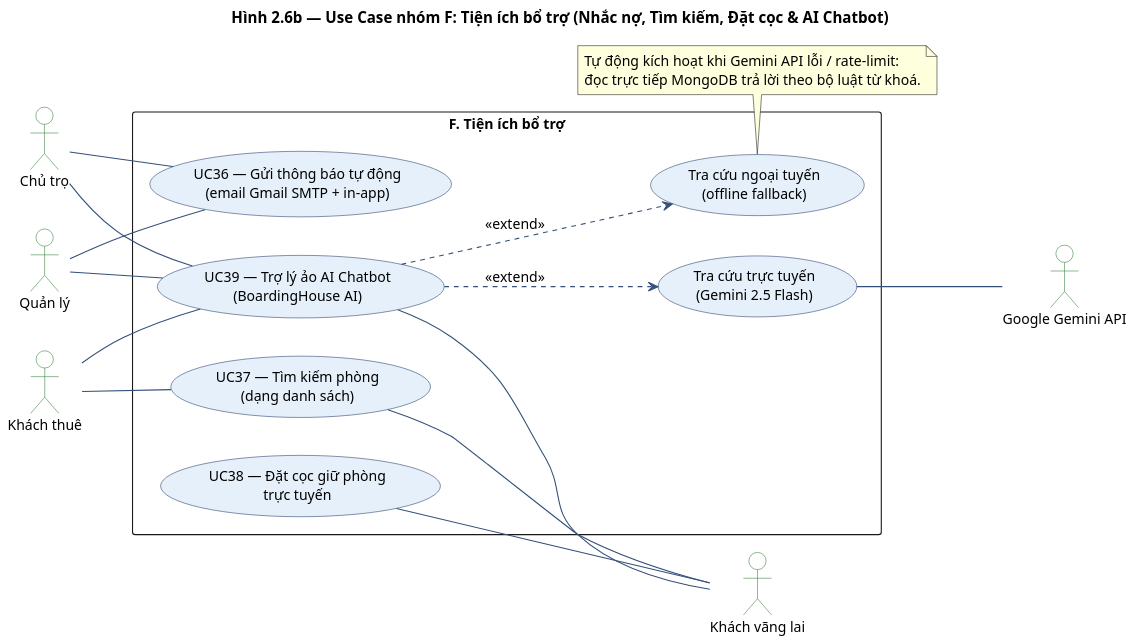
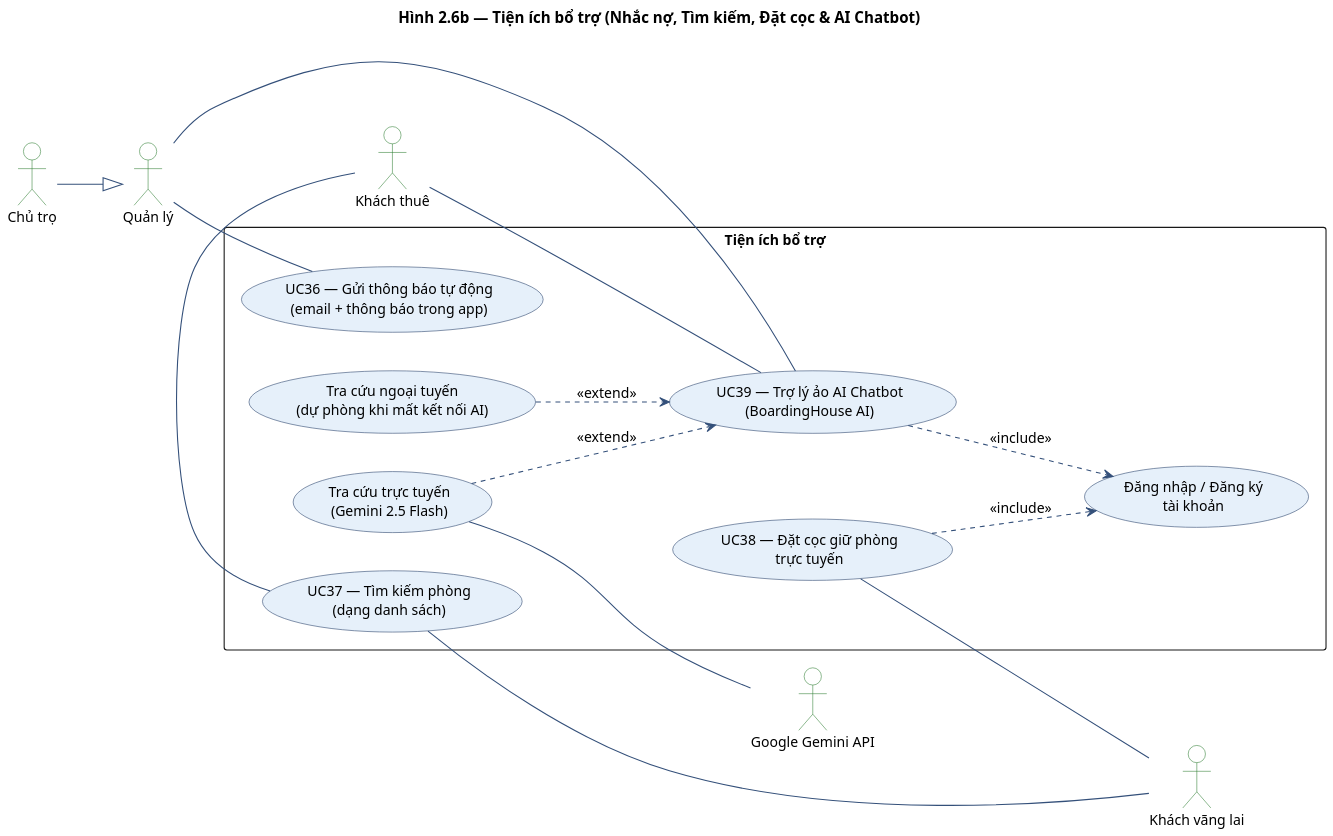
The diagram in docs/diagrams/2.06b_uc_utilities.puml (DiepTuHuy/Hostel_Management), drawn with PlantUML before and after one commit. The commit also changed 92 other files, not shown here.

Commit message:
Đồng bộ 19 sơ đồ UML khớp 100% với hệ thống và bổ sung báo cáo LaTeX (PTTKHT) vào repository

```diff
--- a/docs/diagrams/2.06b_uc_utilities.puml
+++ b/docs/diagrams/2.06b_uc_utilities.puml
@@ -1,54 +1,54 @@
 @startuml UC_Utilities
-title Hình 2.6b — Use Case nhóm F: Tiện ích bổ trợ (Nhắc nợ, Tìm kiếm, Đặt cọc & AI Chatbot)
+title Hình 2.6b — Tiện ích bổ trợ (Nhắc nợ, Tìm kiếm, Đặt cọc & AI Chatbot)
 
 skinparam dpi 150
 skinparam shadowing false
 skinparam defaultFontName "Segoe UI"
 skinparam defaultFontSize 13
 skinparam packageStyle rectangle
 skinparam ArrowColor #34507A
 skinparam usecase {
   BackgroundColor #E6F0FA
   BorderColor #1F3864
 }
 skinparam actor {
   BackgroundColor #FFFFFF
   BorderColor #2E7D32
 }
 left to right direction
 
 actor "Chủ trọ"        as Owner
 actor "Quản lý"        as Manager
 actor "Khách thuê"     as Tenant
 actor "Khách vãng lai" as Visitor
 actor "Google Gemini API" as Gemini
 
-rectangle "F. Tiện ích bổ trợ" {
-  usecase "UC36 — Gửi thông báo tự động\n(email Gmail SMTP + in-app)" as F1
+rectangle "Tiện ích bổ trợ" {
+  usecase "UC36 — Gửi thông báo tự động\n(email + thông báo trong app)" as F1
   usecase "UC37 — Tìm kiếm phòng\n(dạng danh sách)"  as F2
   usecase "UC38 — Đặt cọc giữ phòng\ntrực tuyến"     as F3
   usecase "UC39 — Trợ lý ảo AI Chatbot\n(BoardingHouse AI)" as F4
+  usecase "Đăng nhập / Đăng ký\ntài khoản"           as FA
   usecase "Tra cứu trực tuyến\n(Gemini 2.5 Flash)"   as F5
-  usecase "Tra cứu ngoại tuyến\n(offline fallback)"  as F6
+  usecase "Tra cứu ngoại tuyến\n(dự phòng khi mất kết nối AI)" as F6
 }
 
-Owner   -- F1
-Owner   -- F4
+' Kế thừa: Chủ trọ dùng chung các tiện ích với Quản lý
+Owner --|> Manager
 Manager -- F1
 Manager -- F4
 Tenant  -- F4
 F2 -- Tenant
 F2 -- Visitor
 F3 -- Visitor
-F4 -- Visitor
 
-F4 ..> F5 : <<extend>>
-F4 ..> F6 : <<extend>>
+' Đặt cọc và Chatbot đều bắt buộc có tài khoản đã đăng nhập
+F3 ..> FA : <<include>>
+F4 ..> FA : <<include>>
+
+' Hai chế độ tra cứu là phần mở rộng của Chatbot
+F5 ..> F4 : <<extend>>
+F6 ..> F4 : <<extend>>
 F5 -- Gemini
 
-note bottom of F6
-  Tự động kích hoạt khi Gemini API lỗi / rate-limit:
-  đọc trực tiếp MongoDB trả lời theo bộ luật từ khoá.
-end note
-
 @enduml
```
